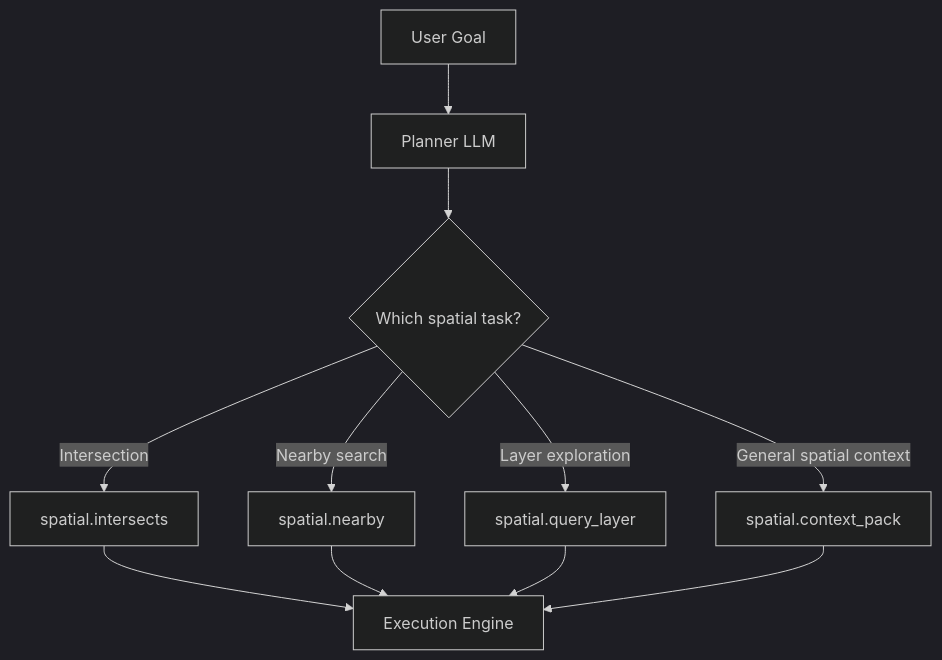
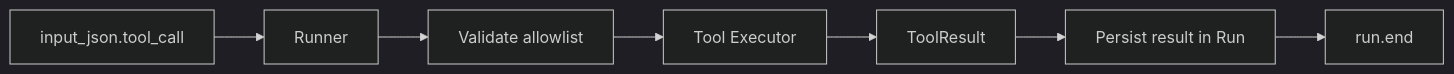
Before and after one commit to juaquicar/GeoAgents: the third of 5 diagrams in docs/diagrams.md, drawn with Mermaid (dark theme). The commit also changed other lines of this file and 4 other files, not shown here.

Commit message:
docs: refresh architecture diagrams and API/usage guides

````diff
--- a/docs/diagrams.md
+++ b/docs/diagrams.md
@@ -95,22 +83,10 @@
 ```mermaid
-flowchart TD
+flowchart LR
 
-A[User Goal]
-
-A --> B[Planner LLM]
-
-B --> C{Which spatial task?}
-
-C -->|Intersection| D[spatial.intersects]
-
-C -->|Nearby search| E[spatial.nearby]
-
-C -->|Layer exploration| F[spatial.query_layer]
-
-C -->|General spatial context| G[spatial.context_pack]
-
-D --> H[Execution Engine]
-E --> H
-F --> H
-G --> H
+A[input_json.tool_call] --> B[Runner]
+B --> C[Validate allowlist]
+C --> D[Tool Executor]
+D --> E[ToolResult]
+E --> F[Persist result in Run]
+F --> G[run.end]
 ```
````
